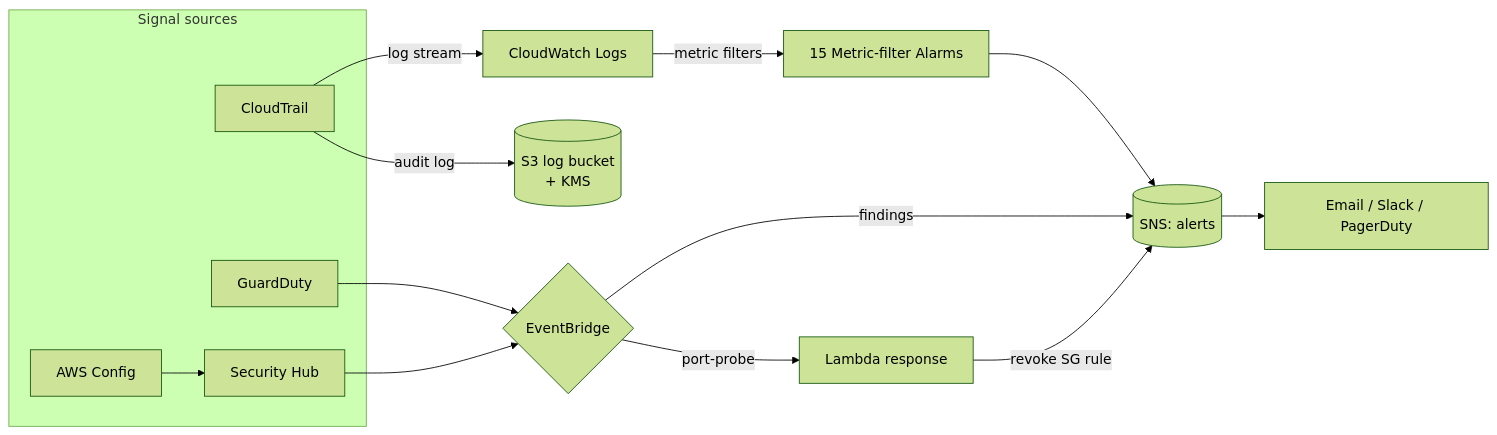
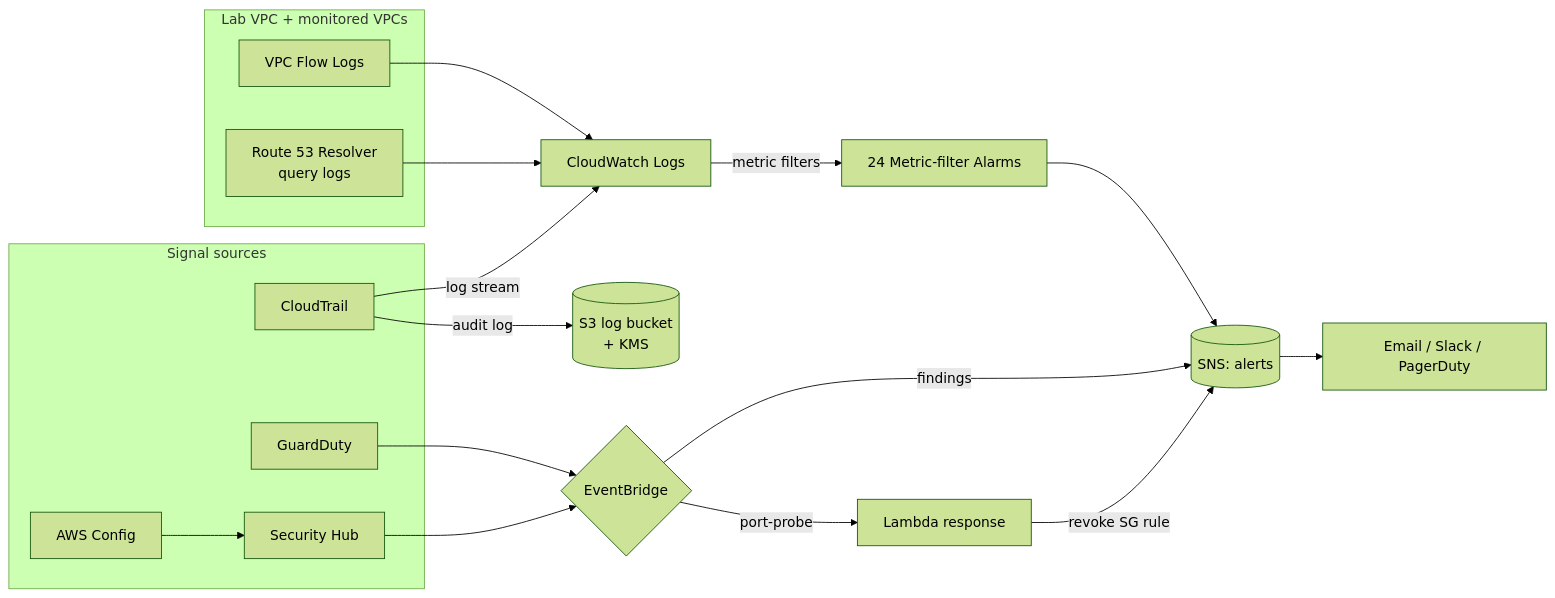
One commit to H3llKa1ser/AWS-Detection-Engineering-Lab changed the diagram in README.md. Above: the diagram before and after it, drawn with Mermaid (forest theme). The commit also changed other lines of this file and 26 other files, not shown here.

````diff
--- a/README.md
+++ b/README.md
@@ -33,23 +35,30 @@
 ```mermaid
 flowchart LR
     subgraph Sources["Signal sources"]
         CT[CloudTrail]
         GD[GuardDuty]
         CFG[AWS Config]
         SH[Security Hub]
     end
 
+    subgraph Net["Lab VPC + monitored VPCs"]
+        FL[VPC Flow Logs]
+        DNS[Route 53 Resolver<br/>query logs]
+    end
+
     CT -->|log stream| CWL[CloudWatch Logs]
-    CWL -->|metric filters| ALM[15 Metric-filter Alarms]
+    FL --> CWL
+    DNS --> CWL
+    CWL -->|metric filters| ALM[24 Metric-filter Alarms]
     CT -->|audit log| S3[(S3 log bucket<br/>+ KMS)]
 
     CFG --> SH
     GD --> EB{EventBridge}
     SH --> EB
     ALM --> SNS[(SNS: alerts)]
     EB -->|findings| SNS
     EB -->|port-probe| L[Lambda response]
     L -->|revoke SG rule| SNS
 
     SNS --> Email[Email / Slack / PagerDuty]
 ```
````
